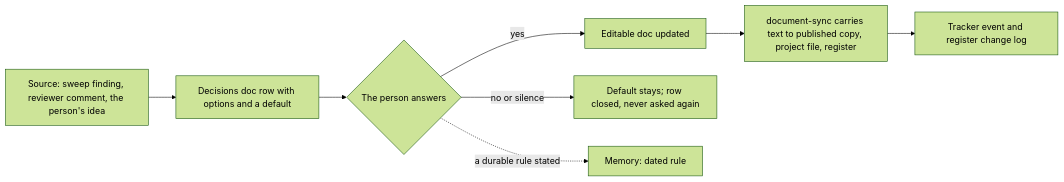
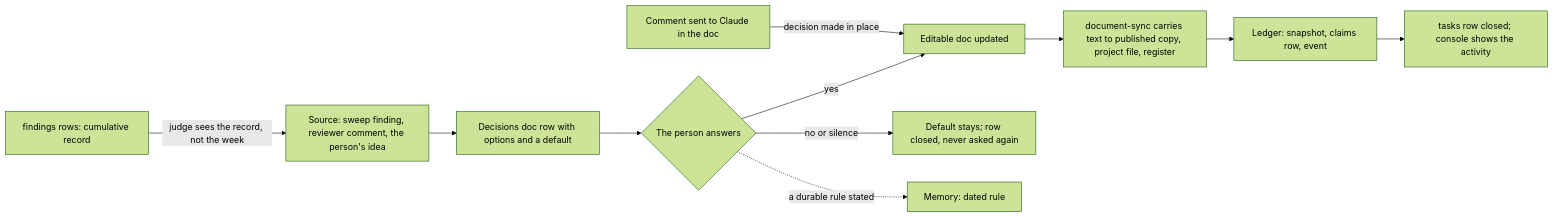
The third of 3 diagrams in docs/architecture.md (aliomraniH/application-organizer), drawn with Mermaid (forest theme) before and after one commit. The commit also changed other lines of this file and 7 other files, not shown here.

````diff
--- a/docs/architecture.md
+++ b/docs/architecture.md
@@ -106,10 +138,13 @@
 ```mermaid
 flowchart LR
     A["Source: sweep finding, reviewer comment, the person's idea"] --> B["Decisions doc row with options and a default"]
     B --> C{"The person answers"}
     C -->|yes| D["Editable doc updated"]
     C -->|no or silence| E["Default stays; row closed, never asked again"]
     D --> F["document-sync carries text to published copy, project file, register"]
-    F --> G["Tracker event and register change log"]
+    F --> G["Ledger: snapshot, claims row, event"]
+    G --> K["tasks row closed; console shows the activity"]
     C -.->|a durable rule stated| H["Memory: dated rule"]
+    X["Comment sent to Claude in the doc"] -->|decision made in place| D
+    R["findings rows: cumulative record"] -->|judge sees the record, not the week| A
 ```
````
